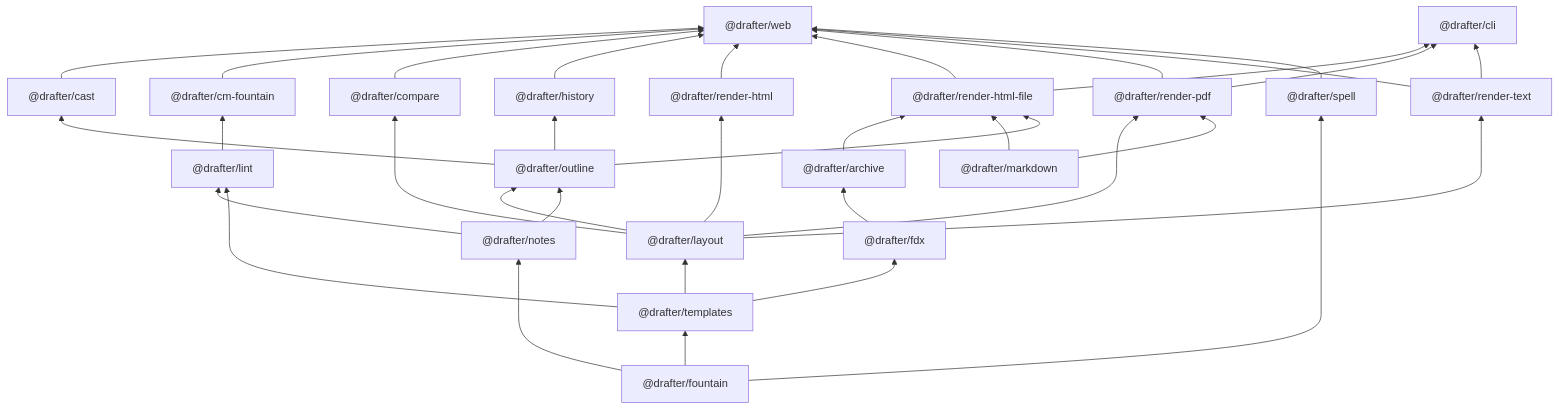
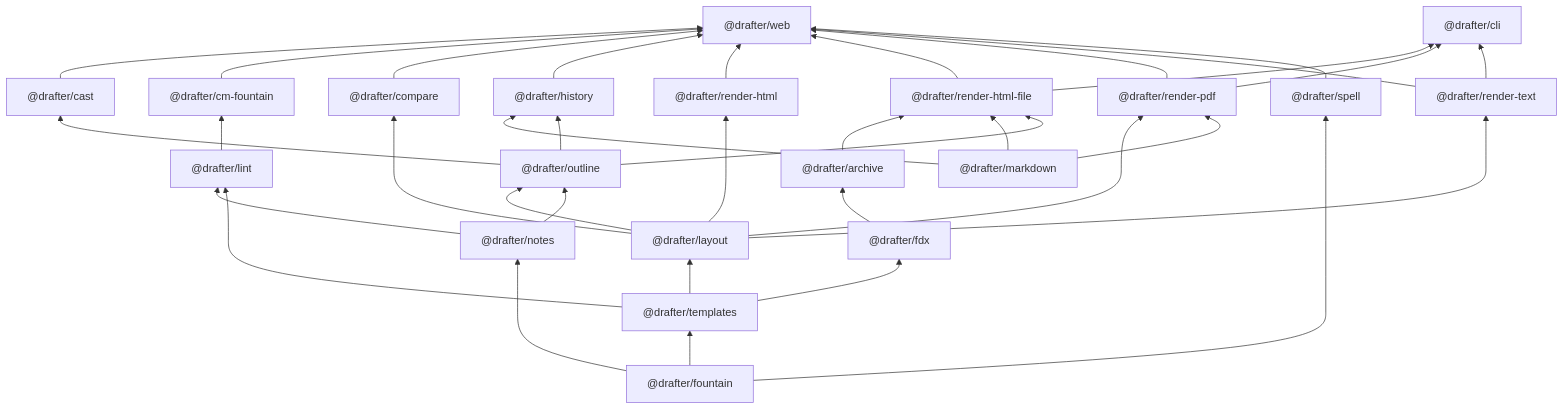
One commit to cschweda/drafter changed the first of 5 diagrams in docs/technical-details.md. Above: the diagram before and after it, drawn with Mermaid. The commit also changed 33 other files, not shown here.

````diff
--- a/docs/technical-details.md
+++ b/docs/technical-details.md
@@ -36,56 +36,57 @@
 ```mermaid
 flowchart BT
   web["@drafter/web"]
   cli["@drafter/cli"]
   cm_fountain["@drafter/cm-fountain"]
   outline["@drafter/outline"]
   compare["@drafter/compare"]
   history["@drafter/history"]
   cast["@drafter/cast"]
   render_pdf["@drafter/render-pdf"]
   render_html["@drafter/render-html"]
   render_html_file["@drafter/render-html-file"]
   render_text["@drafter/render-text"]
   layout["@drafter/layout"]
   lint["@drafter/lint"]
   fdx["@drafter/fdx"]
   archive["@drafter/archive"]
   templates["@drafter/templates"]
   notes["@drafter/notes"]
   spell["@drafter/spell"]
   markdown["@drafter/markdown"]
   fountain["@drafter/fountain"]
   cast --> web
   cm_fountain --> web
   compare --> web
   history --> web
   render_html --> web
   render_html_file --> web
   render_pdf --> web
   render_text --> web
   spell --> web
   render_html_file --> cli
   render_pdf --> cli
   render_text --> cli
   lint --> cm_fountain
   layout --> outline
   notes --> outline
   layout --> compare
+  markdown --> history
   outline --> history
   outline --> cast
   layout --> render_pdf
   markdown --> render_pdf
   layout --> render_html
   archive --> render_html_file
   markdown --> render_html_file
   outline --> render_html_file
   layout --> render_text
   templates --> layout
   notes --> lint
   templates --> lint
   templates --> fdx
   fdx --> archive
   fountain --> templates
   fountain --> notes
   fountain --> spell
 ```
````
